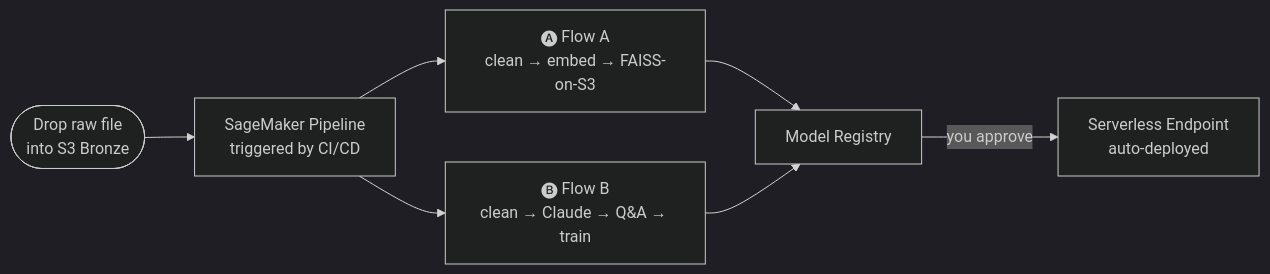
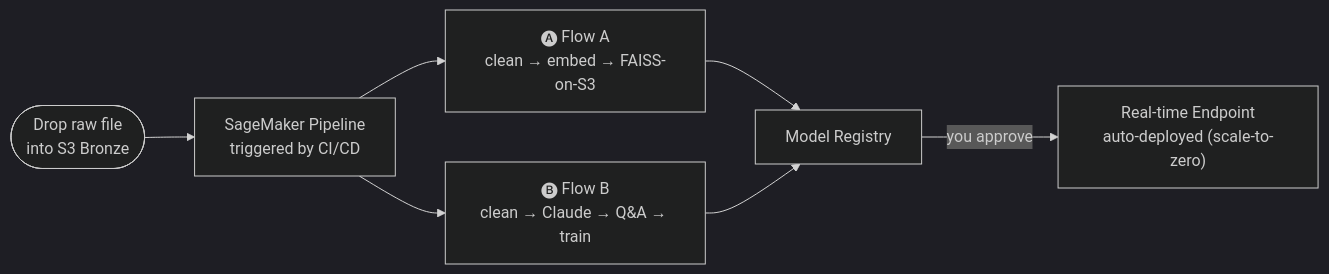
The second of 2 diagrams in README.md (ashishv-82/sagemaker-project-chitrakatha), drawn with Mermaid (dark theme) before and after one commit. The commit also changed other lines of this file and 16 other files, not shown here.

````diff
--- a/README.md
+++ b/README.md
@@ -69,8 +69,8 @@
 ```mermaid
 flowchart LR
     S(["Drop raw file<br/>into S3 Bronze"]) --> P["SageMaker Pipeline<br/>triggered by CI/CD"]
     P --> FA["🅐 Flow A<br/>clean → embed → FAISS-on-S3"]
     P --> FB["🅑 Flow B<br/>clean → Claude → Q&A → train"]
     FA & FB --> M[Model Registry]
-    M -->|you approve| D["Serverless Endpoint<br/>auto-deployed"]
+    M -->|you approve| D["Real-time Endpoint<br/>auto-deployed (scale-to-zero)"]
 ```
````
